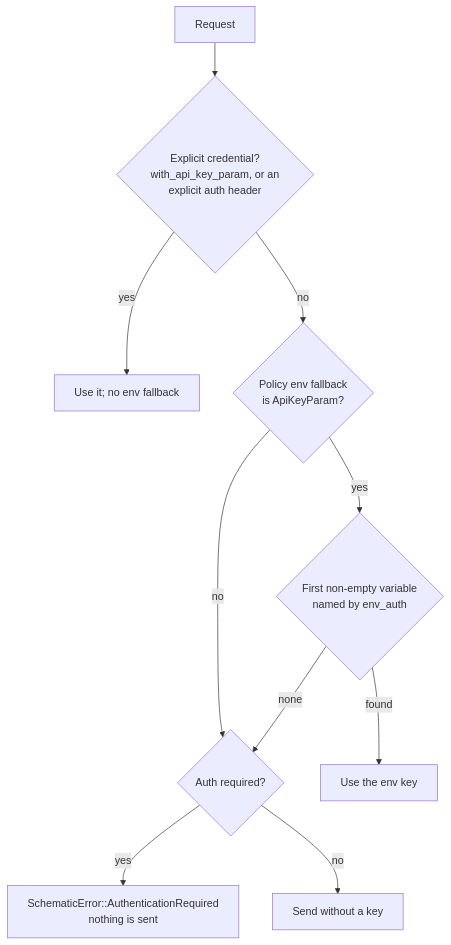
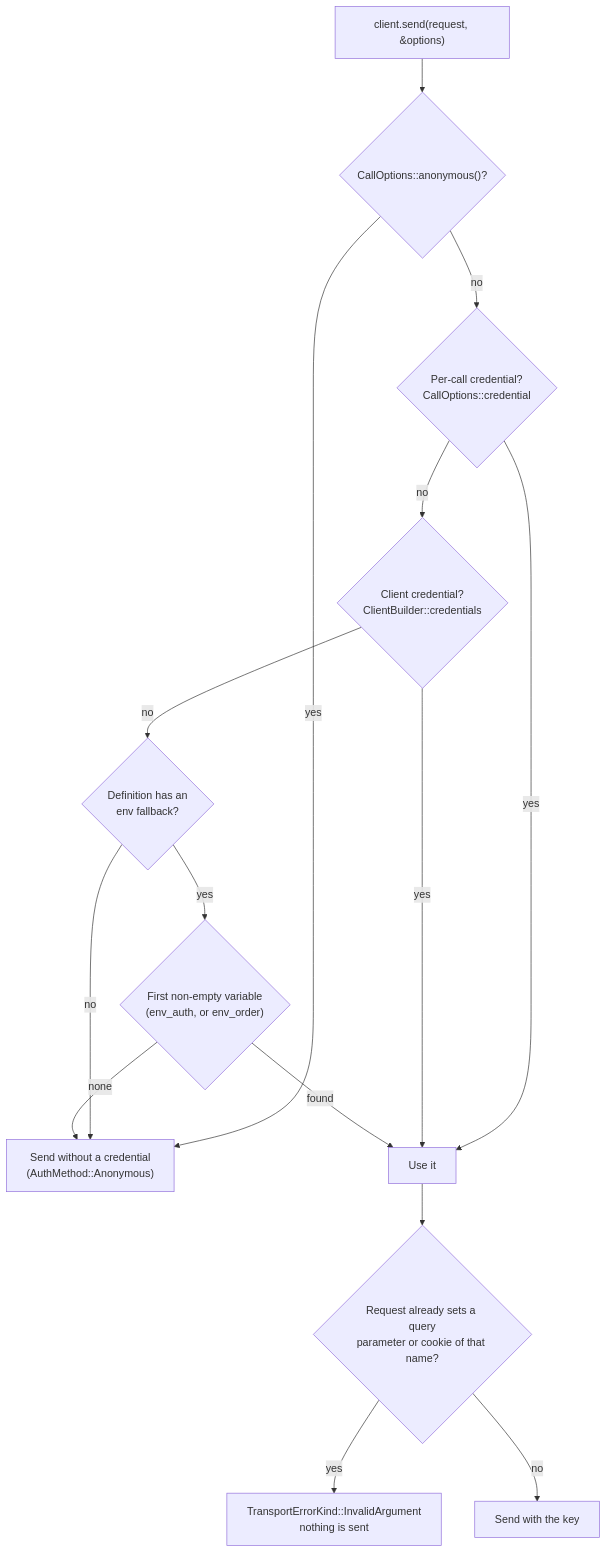
One commit to yankeeinlondon/rusty-biscuit changed the second of 2 diagrams in schematic/docs/generation/request-side.md. Above: the diagram before and after it, drawn with Mermaid. The commit also changed other lines of this file and 5 other files, not shown here.

````diff
--- a/schematic/docs/generation/request-side.md
+++ b/schematic/docs/generation/request-side.md
@@ -229,12 +279,17 @@
 ```mermaid
 flowchart TD
-    A[Request] --> B{"Explicit credential?<br/>with_api_key_param, or an<br/>explicit auth header"}
-    B -->|yes| E[Use it; no env fallback]
-    B -->|no| C{"Policy env fallback<br/>is ApiKeyParam?"}
-    C -->|no| F{Auth required?}
-    C -->|yes| D{"First non-empty variable<br/>named by env_auth"}
-    D -->|found| E2[Use the env key]
-    D -->|none| F
-    F -->|yes| G["SchematicError::AuthenticationRequired<br/>nothing is sent"]
-    F -->|no| H[Send without a key]
+    A["client.send(request, &options)"] --> B{"CallOptions::anonymous()?"}
+    B -->|yes| N["Send without a credential<br/>(AuthMethod::Anonymous)"]
+    B -->|no| C{"Per-call credential?<br/>CallOptions::credential"}
+    C -->|yes| U[Use it]
+    C -->|no| D{"Client credential?<br/>ClientBuilder::credentials"}
+    D -->|yes| U
+    D -->|no| E{"Definition has an<br/>env fallback?"}
+    E -->|no| N
+    E -->|yes| F{"First non-empty variable<br/>(env_auth, or env_order)"}
+    F -->|found| U
+    F -->|none| N
+    U --> G{"Request already sets a query<br/>parameter or cookie of that name?"}
+    G -->|yes| X["TransportErrorKind::InvalidArgument<br/>nothing is sent"]
+    G -->|no| S[Send with the key]
 ```
````
